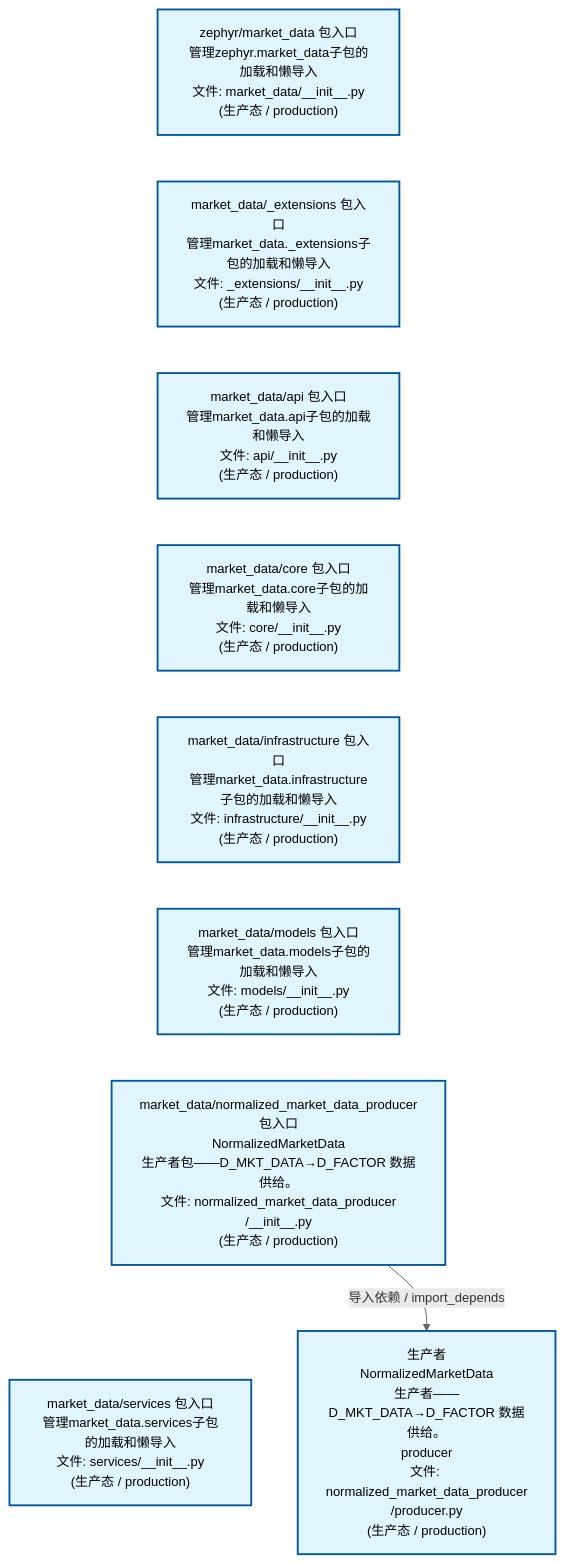
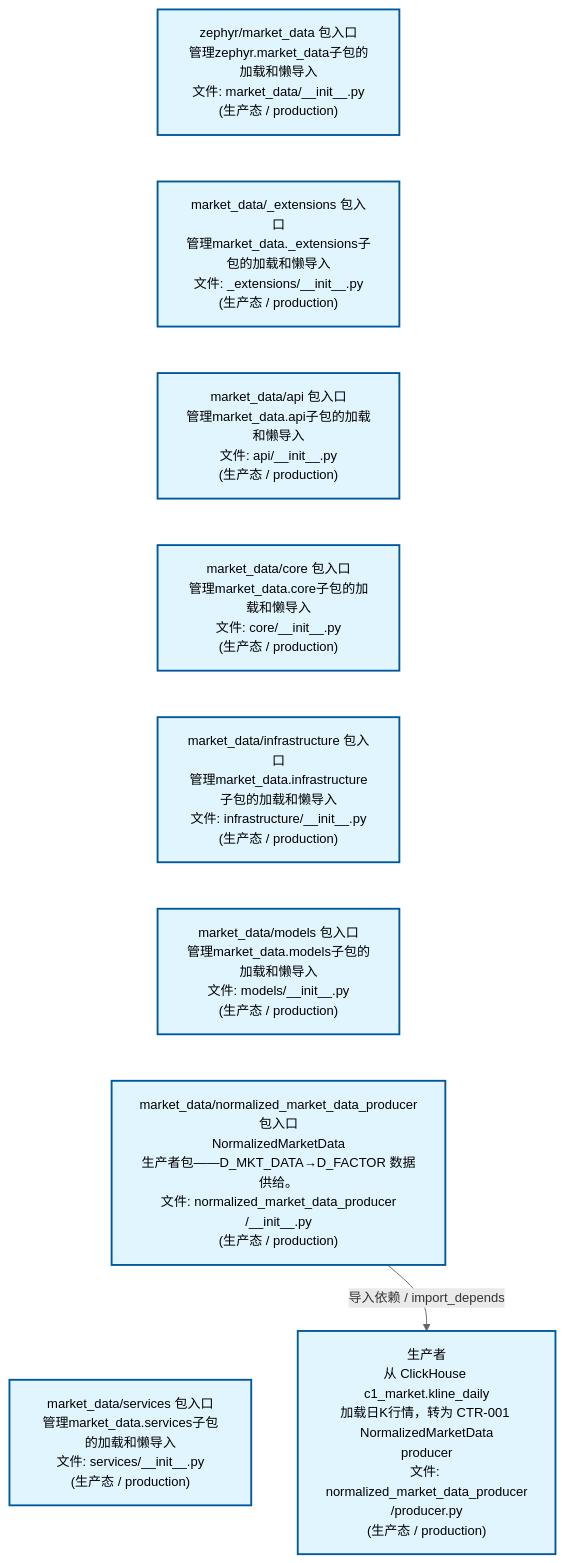
One commit to xuanFelixVan/ZephyrAlpha changed the second of 4 diagrams in docs/02_enterprise_architecture/02_domain_architecture_docs/23_d_mkt_data.md. Above: the diagram before and after it, drawn with Mermaid. The commit also changed other lines of this file and 48 other files, not shown here.

````diff
--- a/docs/02_enterprise_architecture/02_domain_architecture_docs/23_d_mkt_data.md
+++ b/docs/02_enterprise_architecture/02_domain_architecture_docs/23_d_mkt_data.md
@@ -112,26 +112,26 @@
 ```mermaid
 %%{init: {'theme': 'base', 'themeVariables': {'primaryColor': '#eaeaea', 'primaryTextColor': '#333333', 'primaryBorderColor': '#666666', 'lineColor': '#666666', 'secondaryColor': '#eaeaea', 'tertiaryColor': '#eaeaea', 'fontSize': '14px'}}}%%
 flowchart TD
     src_zephyr_market_data_init_py["zephyr/market_data 包入口<br/>管理zephyr.market_data子包的加载和懒导入<br/>文件: market_data/__init__.py<br/>(生产态 / production)"]
     src_zephyr_market_data_extensions_init_py["market_data/_extensions 包入口<br/>管理market_data._extensions子包的加载和懒导入<br/>文件: _extensions/__init__.py<br/>(生产态 / production)"]
     src_zephyr_market_data_api_init_py["market_data/api 包入口<br/>管理market_data.api子包的加载和懒导入<br/>文件: api/__init__.py<br/>(生产态 / production)"]
     src_zephyr_market_data_core_init_py["market_data/core 包入口<br/>管理market_data.core子包的加载和懒导入<br/>文件: core/__init__.py<br/>(生产态 / production)"]
     src_zephyr_market_data_infrastructure_init_py["market_data/infrastructure 包入口<br/>管理market_data.infrastructure子包的加载和懒导入<br/>文件: infrastructure/__init__.py<br/>(生产态 / production)"]
     src_zephyr_market_data_models_init_py["market_data/models 包入口<br/>管理market_data.models子包的加载和懒导入<br/>文件: models/__init__.py<br/>(生产态 / production)"]
     src_zephyr_market_data_normalized_market_data_producer_init_py["market_data/normalized_market_data_producer<br/>包入口<br/>NormalizedMarketData<br/>生产者包——D_MKT_DATA→D_FACTOR 数据供给。<br/>文件: normalized_market_data_producer<br/>/__init__.py<br/>(生产态 / production)"]
     src_zephyr_market_data_services_init_py["market_data/services 包入口<br/>管理market_data.services子包的加载和懒导入<br/>文件: services/__init__.py<br/>(生产态 / production)"]
     src_zephyr_market_data_init_py ~~~ src_zephyr_market_data_extensions_init_py
     src_zephyr_market_data_extensions_init_py ~~~ src_zephyr_market_data_api_init_py
     src_zephyr_market_data_api_init_py ~~~ src_zephyr_market_data_core_init_py
     src_zephyr_market_data_core_init_py ~~~ src_zephyr_market_data_infrastructure_init_py
     src_zephyr_market_data_infrastructure_init_py ~~~ src_zephyr_market_data_models_init_py
     src_zephyr_market_data_models_init_py ~~~ src_zephyr_market_data_normalized_market_data_producer_init_py
     src_zephyr_market_data_normalized_market_data_producer_init_py ~~~ src_zephyr_market_data_services_init_py
-    src_zephyr_market_data_normalized_market_data_producer_producer_py["生产者<br/>NormalizedMarketData<br/>生产者——D_MKT_DATA→D_FACTOR 数据供给。<br/>producer<br/>文件: normalized_market_data_producer<br/>/producer.py<br/>(生产态 / production)"]
+    src_zephyr_market_data_normalized_market_data_producer_producer_py["生产者<br/>从 ClickHouse c1_market.kline_daily<br/>加载日K行情，转为 CTR-001 NormalizedMarketData<br/>producer<br/>文件: normalized_market_data_producer<br/>/producer.py<br/>(生产态 / production)"]
     src_zephyr_market_data_normalized_market_data_producer_init_py -->|导入依赖 / import_depends| src_zephyr_market_data_normalized_market_data_producer_producer_py
     classDef production fill:#e1f5fe,stroke:#01579b,stroke-width:2px,color:#000
     classDef design fill:#fff3e0,stroke:#e65100,stroke-width:2px,color:#000,stroke-dasharray: 5 5
     classDef external_prod fill:#e8f4fd,stroke:#0277bd,stroke-width:1px,color:#000
     classDef external_design fill:#fff8e7,stroke:#ef6c00,stroke-width:1px,color:#000,stroke-dasharray: 5 5
     class src_zephyr_market_data_init_py,src_zephyr_market_data_extensions_init_py,src_zephyr_market_data_api_init_py,src_zephyr_market_data_core_init_py,src_zephyr_market_data_infrastructure_init_py,src_zephyr_market_data_models_init_py,src_zephyr_market_data_normalized_market_data_producer_init_py,src_zephyr_market_data_normalized_market_data_producer_producer_py,src_zephyr_market_data_services_init_py production
 ```
````
